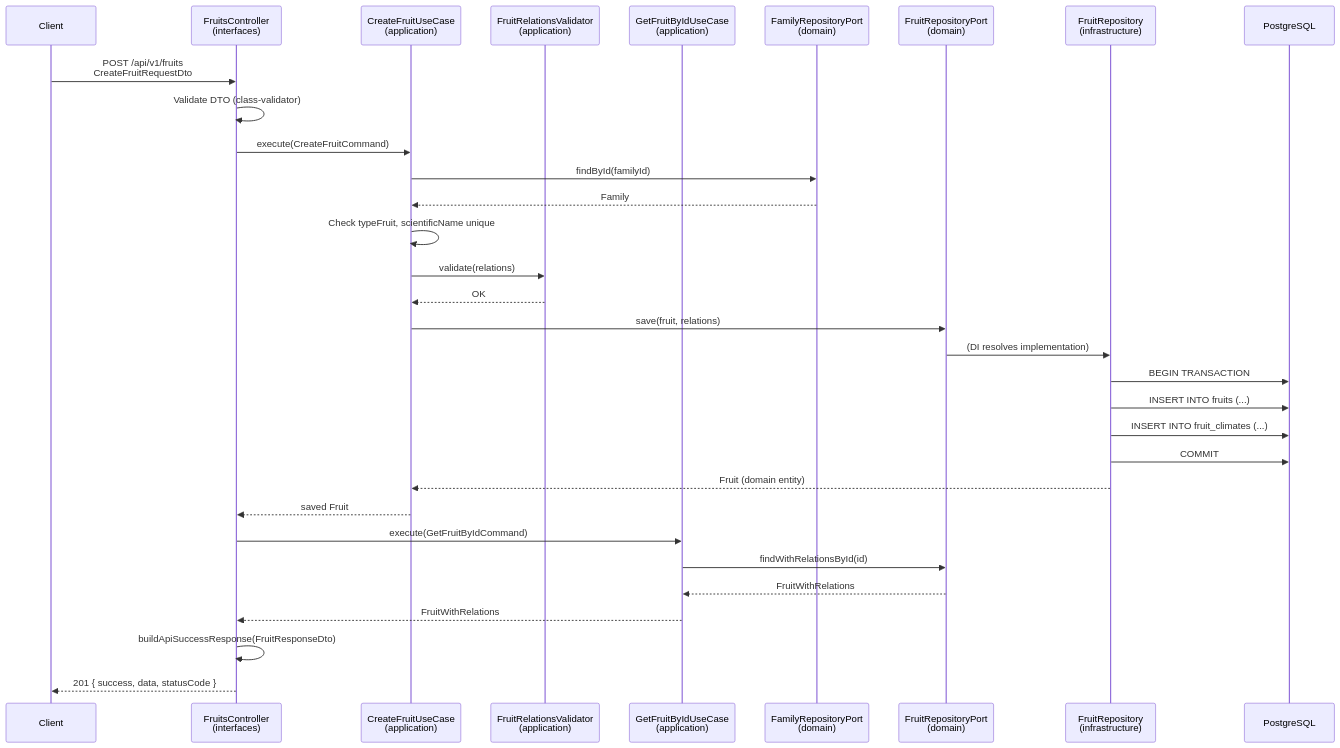
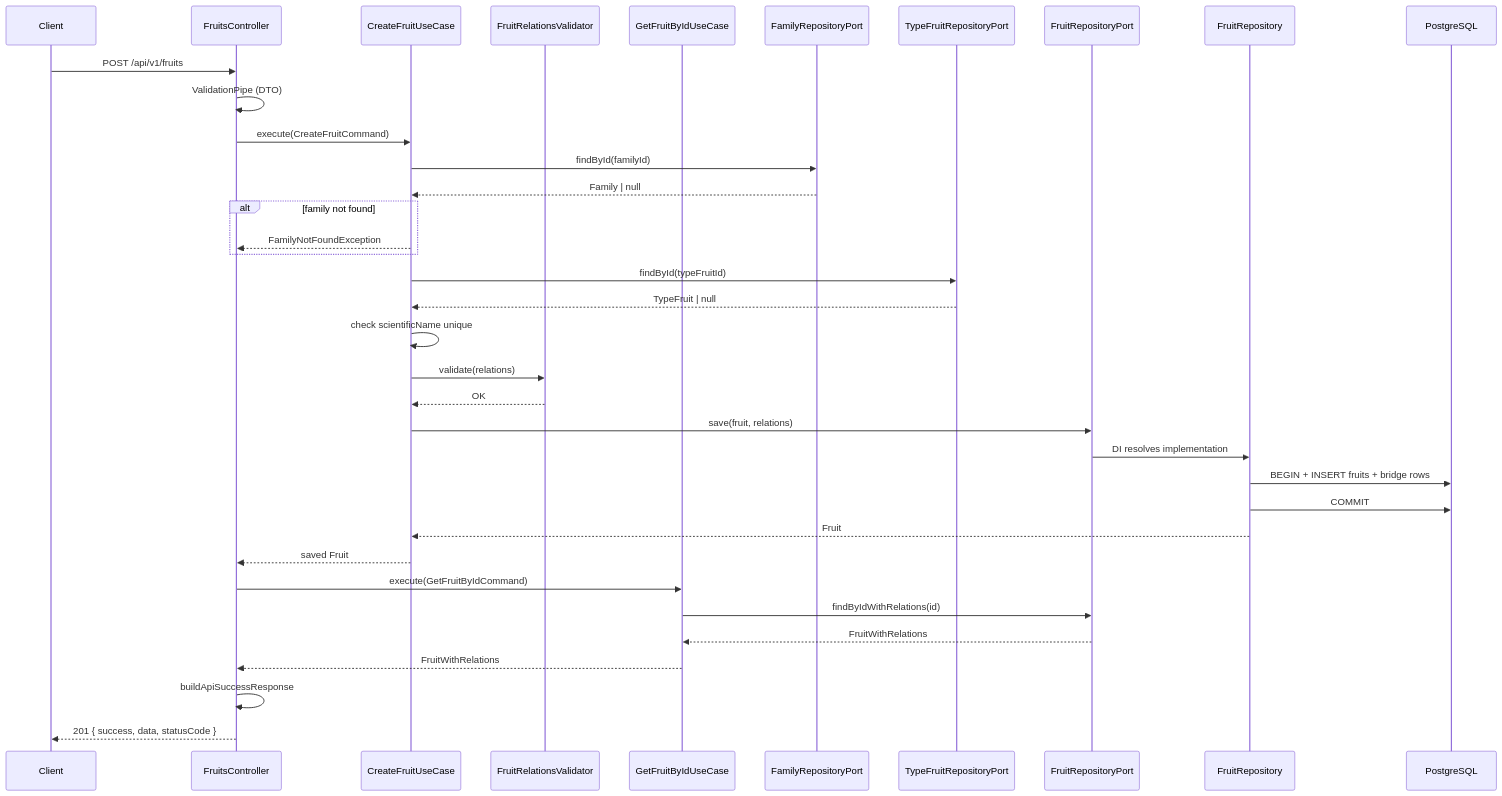
The diagram in docs/architecture/04-sequence-create-fruit.md (JeansCordoba/Colombian_fruits), drawn with Mermaid before and after one commit. The commit also changed other lines of this file and 24 other files, not shown here.

First line of the commit message:
docs: align architecture docs, expand Study section, and fix wiki links

````diff
--- a/docs/architecture/04-sequence-create-fruit.md
+++ b/docs/architecture/04-sequence-create-fruit.md
@@ -21,35 +20,39 @@
 ```mermaid
 sequenceDiagram
     participant Client
-    participant Controller as FruitsController<br/>(interfaces)
-    participant CreateUC as CreateFruitUseCase<br/>(application)
-    participant Validator as FruitRelationsValidator<br/>(application)
-    participant GetUC as GetFruitByIdUseCase<br/>(application)
-    participant FamilyRepo as FamilyRepositoryPort<br/>(domain)
-    participant FruitRepo as FruitRepositoryPort<br/>(domain)
-    participant PGRepo as FruitRepository<br/>(infrastructure)
+    participant Controller as FruitsController
+    participant CreateUC as CreateFruitUseCase
+    participant Validator as FruitRelationsValidator
+    participant GetUC as GetFruitByIdUseCase
+    participant FamilyRepo as FamilyRepositoryPort
+    participant TypeFruitRepo as TypeFruitRepositoryPort
+    participant FruitRepo as FruitRepositoryPort
+    participant PGRepo as FruitRepository
     participant DB as PostgreSQL
 
-    Client->>Controller: POST /api/v1/fruits<br/>CreateFruitRequestDto
-    Controller->>Controller: Validate DTO (class-validator)
+    Client->>Controller: POST /api/v1/fruits
+    Controller->>Controller: ValidationPipe (DTO)
     Controller->>CreateUC: execute(CreateFruitCommand)
     CreateUC->>FamilyRepo: findById(familyId)
-    FamilyRepo-->>CreateUC: Family
-    CreateUC->>CreateUC: Check typeFruit, scientificName unique
+    FamilyRepo-->>CreateUC: Family | null
+    alt family not found
+        CreateUC-->>Controller: FamilyNotFoundException
+    end
+    CreateUC->>TypeFruitRepo: findById(typeFruitId)
+    TypeFruitRepo-->>CreateUC: TypeFruit | null
+    CreateUC->>CreateUC: check scientificName unique
     CreateUC->>Validator: validate(relations)
     Validator-->>CreateUC: OK
     CreateUC->>FruitRepo: save(fruit, relations)
-    FruitRepo->>PGRepo: (DI resolves implementation)
-    PGRepo->>DB: BEGIN TRANSACTION
-    PGRepo->>DB: INSERT INTO fruits (...)
-    PGRepo->>DB: INSERT INTO fruit_climates (...)
+    FruitRepo->>PGRepo: DI resolves implementation
+    PGRepo->>DB: BEGIN + INSERT fruits + bridge rows
     PGRepo->>DB: COMMIT
-    PGRepo-->>CreateUC: Fruit (domain entity)
+    PGRepo-->>CreateUC: Fruit
     CreateUC-->>Controller: saved Fruit
     Controller->>GetUC: execute(GetFruitByIdCommand)
-    GetUC->>FruitRepo: findWithRelationsById(id)
+    GetUC->>FruitRepo: findByIdWithRelations(id)
     FruitRepo-->>GetUC: FruitWithRelations
     GetUC-->>Controller: FruitWithRelations
-    Controller->>Controller: buildApiSuccessResponse(FruitResponseDto)
+    Controller->>Controller: buildApiSuccessResponse
     Controller-->>Client: 201 { success, data, statusCode }
 ```
````
